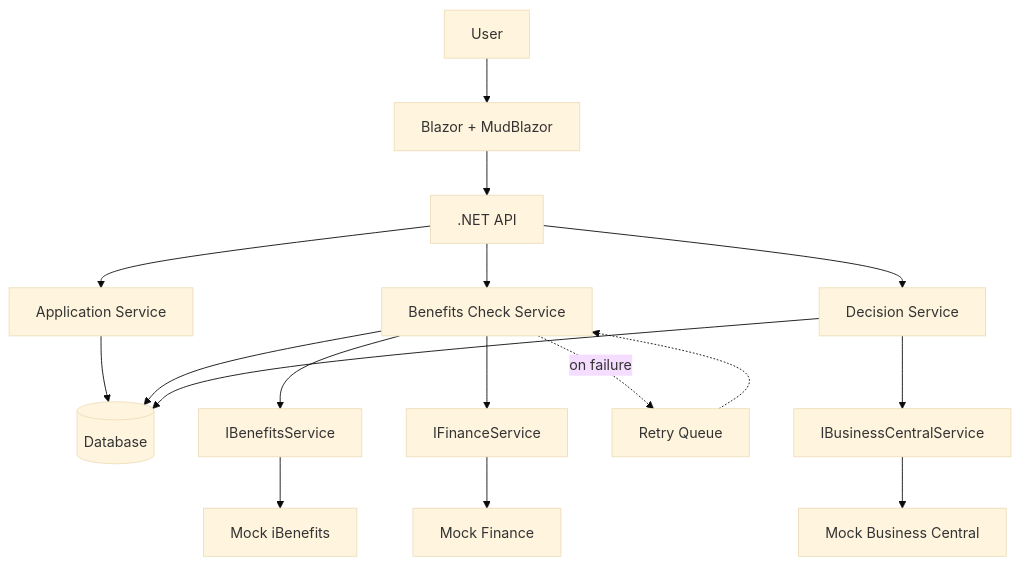
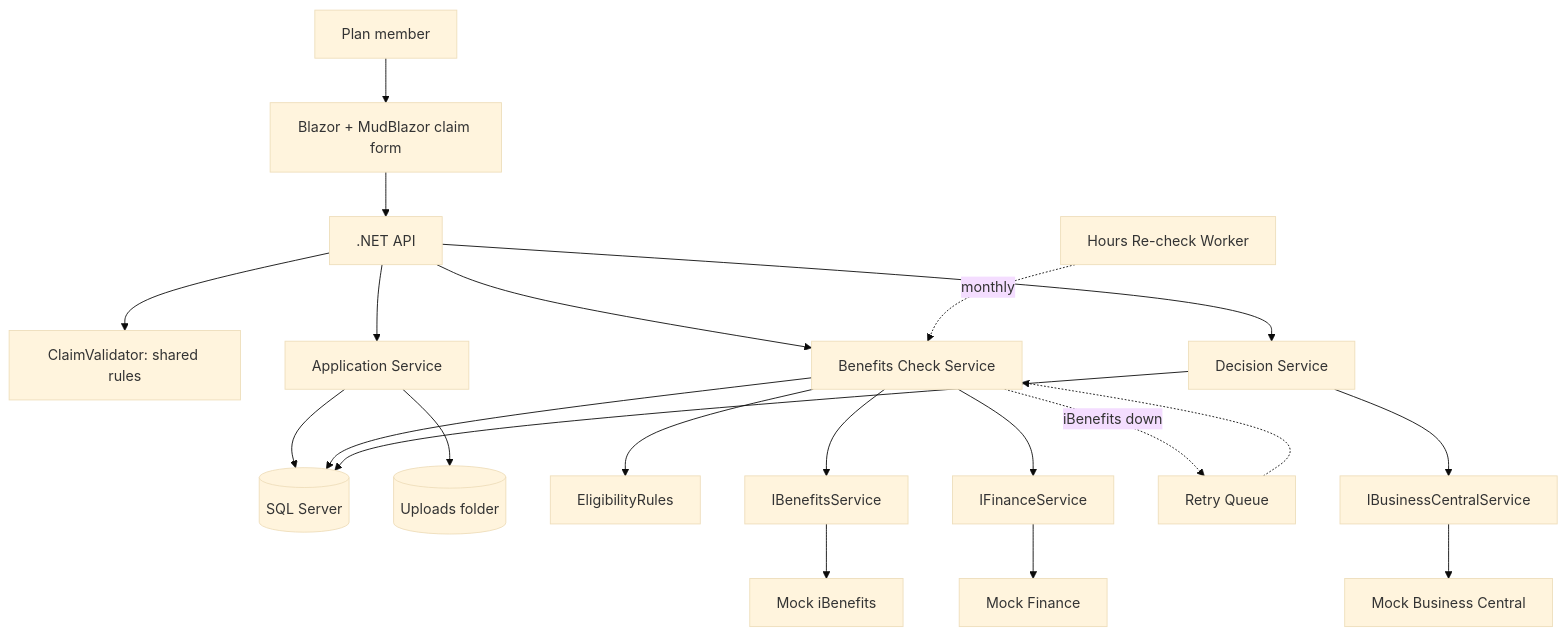
The first of 2 diagrams in README.md (xavion-git/BenefitsStreamliner), drawn with Mermaid (base theme) before and after one commit. The commit also changed other lines of this file, not shown here.

````diff
--- a/README.md
+++ b/README.md
@@ -33,14 +60,18 @@
 ```mermaid
 flowchart TD
-    U[User] --> B[Blazor + MudBlazor]
+    U[Plan member] --> B[Blazor + MudBlazor claim form]
     B --> A[.NET API]
-    A --> S[Application Service] --> DB[(Database)]
+    A --> V[ClaimValidator: shared rules]
+    A --> S[Application Service] --> DB[(SQL Server)]
+    S --> FS[(Uploads folder)]
     A --> C[Benefits Check Service]
     C --> DB
+    C --> R[EligibilityRules]
     C --> I[IBenefitsService] --> M[Mock iBenefits]
     C --> F[IFinanceService] --> MF[Mock Finance]
-    C -. on failure .-> R[Retry Queue] -.-> C
+    C -. iBenefits down .-> Q[Retry Queue] -.-> C
+    W[Hours Re-check Worker] -. monthly .-> C
     A --> D[Decision Service]
     D --> DB
     D --> BC[IBusinessCentralService] --> MBC[Mock Business Central]
 ```
````
